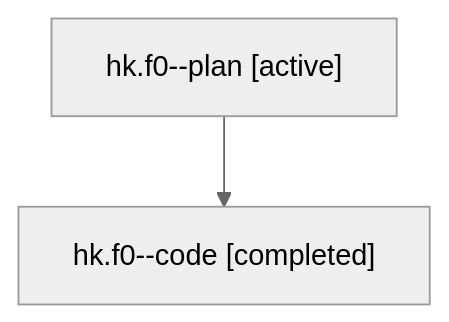
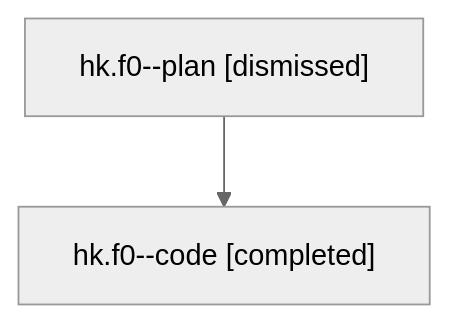
Before and after one commit to sase-org/sase--agents: the diagram in sessions/bbugyi200.athena.hk.f0.md, drawn with Mermaid (neutral theme). The commit also changed other lines of this file and 34 other files, not shown here.

````diff
--- a/sessions/bbugyi200.athena.hk.f0.md
+++ b/sessions/bbugyi200.athena.hk.f0.md
@@ -9,6 +9,6 @@
 ```mermaid
 flowchart TD
-  n0["hk.f0--plan [active]"]
+  n0["hk.f0--plan [dismissed]"]
   n1["hk.f0--code [completed]"]
   n0 --> n1
 ```
````
